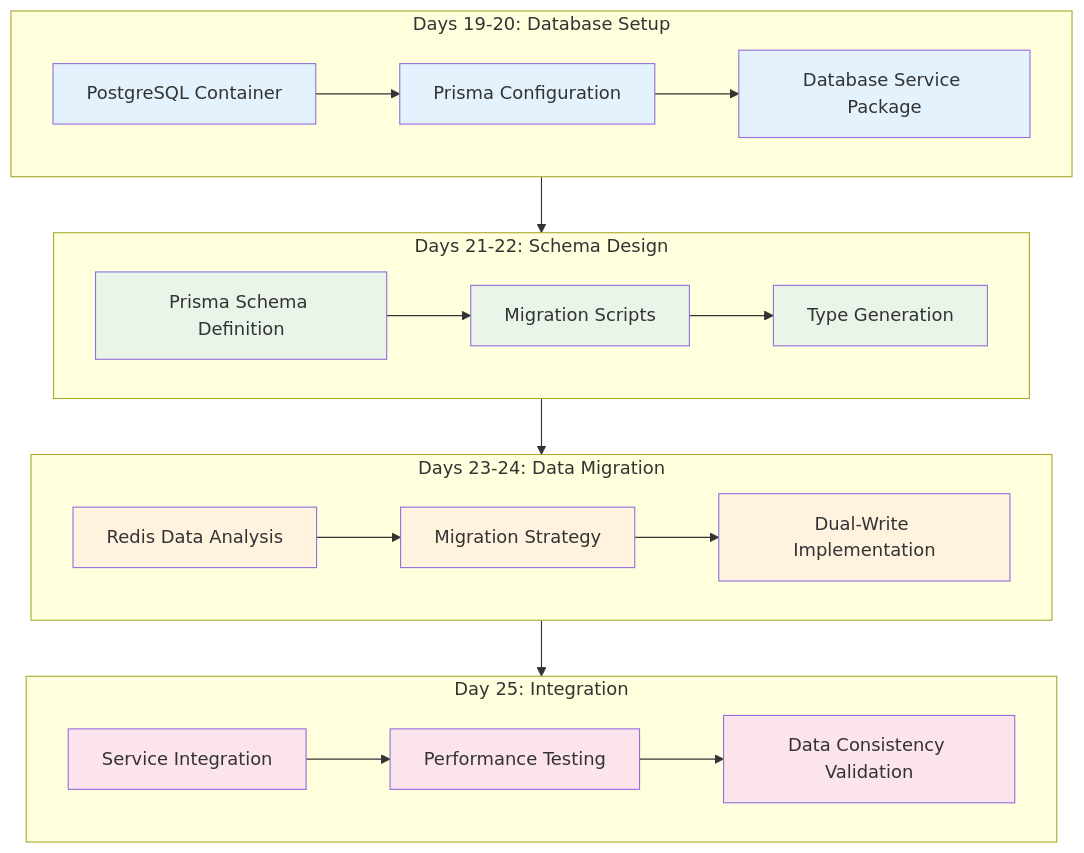
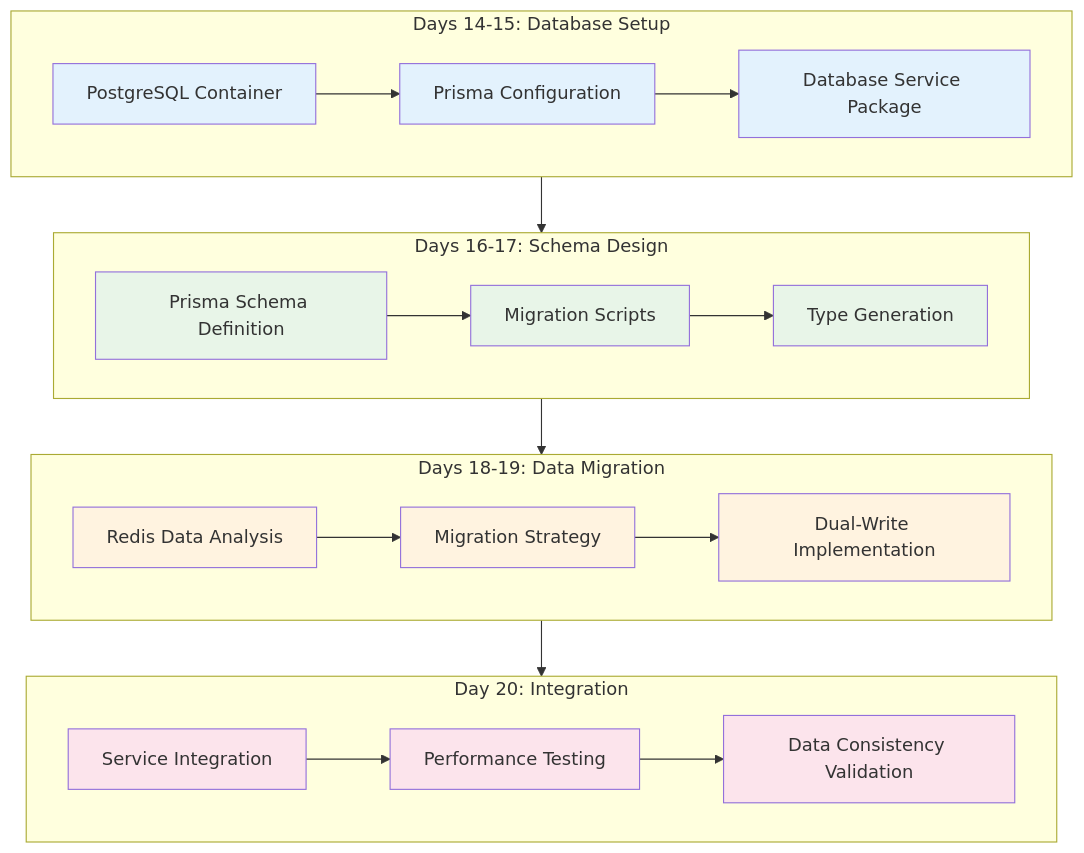
Before and after one commit to stakeordie/emp-job-queue: diagram 14 of 16 in apps/docs/src/10-development-notes/2025-08-26-unified-modernization-plan.md, drawn with Mermaid. The commit also changed other lines of this file, not shown here.

````diff
--- a/apps/docs/src/10-development-notes/2025-08-26-unified-modernization-plan.md
+++ b/apps/docs/src/10-development-notes/2025-08-26-unified-modernization-plan.md
@@ -1210,34 +958,34 @@
 ```mermaid
 flowchart TD
-    subgraph Setup["Days 19-20: Database Setup"]
+    subgraph Setup["Days 14-15: Database Setup"]
         S1["PostgreSQL Container"] --> S2["Prisma Configuration"]
         S2 --> S3["Database Service Package"]
     end
     
-    subgraph Schema["Days 21-22: Schema Design"]
+    subgraph Schema["Days 16-17: Schema Design"]
         SC1["Prisma Schema Definition"] --> SC2["Migration Scripts"]
         SC2 --> SC3["Type Generation"]
     end
     
-    subgraph Migration["Days 23-24: Data Migration"]
+    subgraph Migration["Days 18-19: Data Migration"]
         M1["Redis Data Analysis"] --> M2["Migration Strategy"]
         M2 --> M3["Dual-Write Implementation"]
     end
     
-    subgraph Integration["Day 25: Integration"]
+    subgraph Integration["Day 20: Integration"]
         I1["Service Integration"] --> I2["Performance Testing"]
         I2 --> I3["Data Consistency Validation"]
     end
     
     Setup --> Schema --> Migration --> Integration
     
     classDef setupStyle fill:#e3f2fd
     classDef schemaStyle fill:#e8f5e8
     classDef migrationStyle fill:#fff3e0
     classDef integrationStyle fill:#fce4ec
     
     class S1,S2,S3 setupStyle
     class SC1,SC2,SC3 schemaStyle
     class M1,M2,M3 migrationStyle
     class I1,I2,I3 integrationStyle
 ```
````
